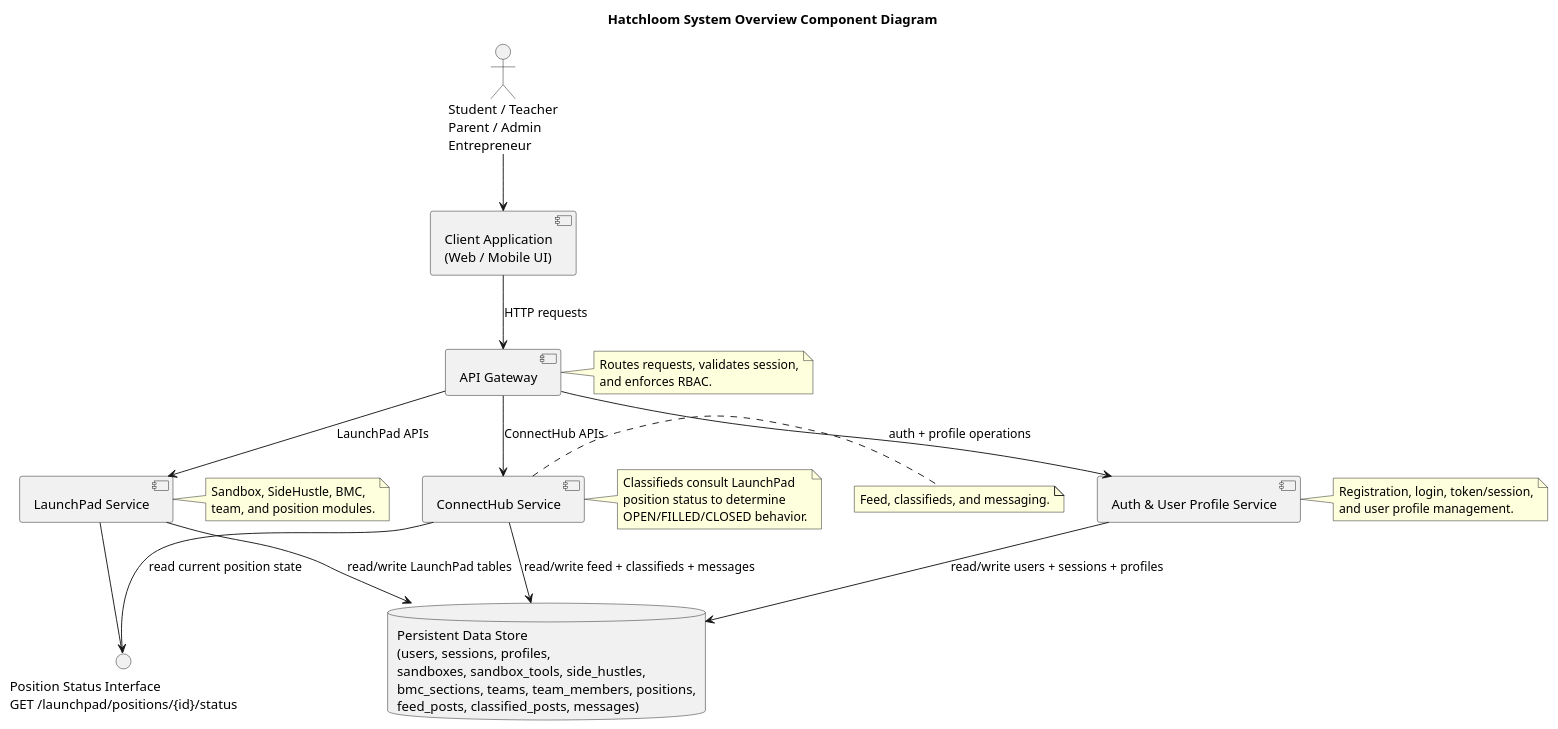
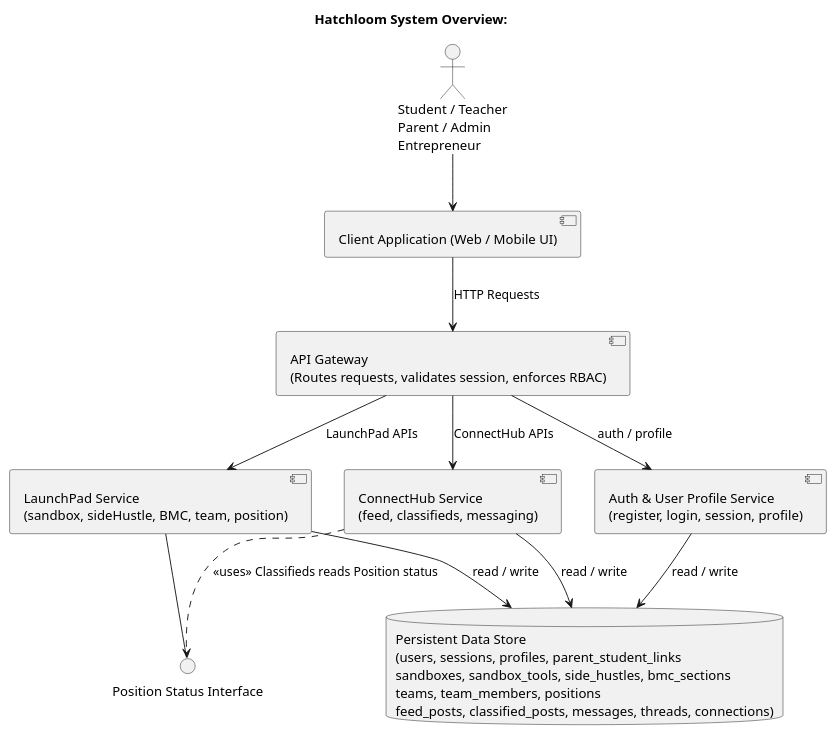
The diagram in diagrams/component_overview.puml (anthonytoyco/hatchloom), drawn with PlantUML before and after one commit. The commit also changed 6 other files, not shown here.

Commit message:
feat: update API documentation and diagrams for LaunchPad service, including success response codes and domain class diagram

```diff
--- a/diagrams/component_overview.puml
+++ b/diagrams/component_overview.puml
@@ -1,57 +1,30 @@
-@startuml
-title Hatchloom System Overview Component Diagram
+@startuml component_overview
+title Hatchloom System Overview:
 top to bottom direction
 
 actor "Student / Teacher\nParent / Admin\nEntrepreneur" as User
 
-component "Client Application\n(Web / Mobile UI)" as Client
-component "API Gateway" as Gateway
+component "Client Application (Web / Mobile UI)" as Client
+component "API Gateway\n(Routes requests, validates session, enforces RBAC)" as Gateway
+component "Auth & User Profile Service\n(register, login, session, profile)" as Auth
+component "LaunchPad Service\n(sandbox, sideHustle, BMC, team, position)" as LaunchPad
+component "ConnectHub Service\n(feed, classifieds, messaging)" as ConnectHub
 
-component "Auth & User Profile Service" as Auth
-component "LaunchPad Service" as LaunchPad
-component "ConnectHub Service" as ConnectHub
+database "Persistent Data Store\n(users, sessions, profiles, parent_student_links\nsandboxes, sandbox_tools, side_hustles, bmc_sections\nteams, team_members, positions\nfeed_posts, classified_posts, messages, threads, connections)" as DB
 
-database "Persistent Data Store\n(users, sessions, profiles,\nsandboxes, sandbox_tools, side_hustles,\nbmc_sections, teams, team_members, positions,\nfeed_posts, classified_posts, messages)" as DB
-
-interface "Position Status Interface\nGET /launchpad/positions/{id}/status" as PositionStatus
+interface "Position Status Interface" as PositionStatus
 
 User --> Client
-Client --> Gateway : HTTP requests
-
-Gateway --> Auth : auth + profile operations
+Client --> Gateway : HTTP Requests
+Gateway --> Auth : auth / profile
 Gateway --> LaunchPad : LaunchPad APIs
 Gateway --> ConnectHub : ConnectHub APIs
 
-Auth --> DB : read/write users + sessions + profiles
-LaunchPad --> DB : read/write LaunchPad tables
-ConnectHub --> DB : read/write feed + classifieds + messages
+Auth --> DB : read / write
+LaunchPad --> DB : read / write
+ConnectHub --> DB : read / write
 
 LaunchPad - PositionStatus
-ConnectHub --> PositionStatus : read current position state
-
-note right of Gateway
-  Routes requests, validates session,
-  and enforces RBAC.
-end note
-
-note right of Auth
-  Registration, login, token/session,
-  and user profile management.
-end note
-
-note right of LaunchPad
-  Sandbox, SideHustle, BMC,
-  team, and position modules.
-end note
-
-note right of ConnectHub
-  Feed, classifieds, and messaging.
-end note
-
-note right of ConnectHub
-  Classifieds consult LaunchPad
-  position status to determine
-  OPEN/FILLED/CLOSED behavior.
-end note
+ConnectHub ..> PositionStatus : <<uses>> Classifieds reads Position status
 
 @enduml
```
